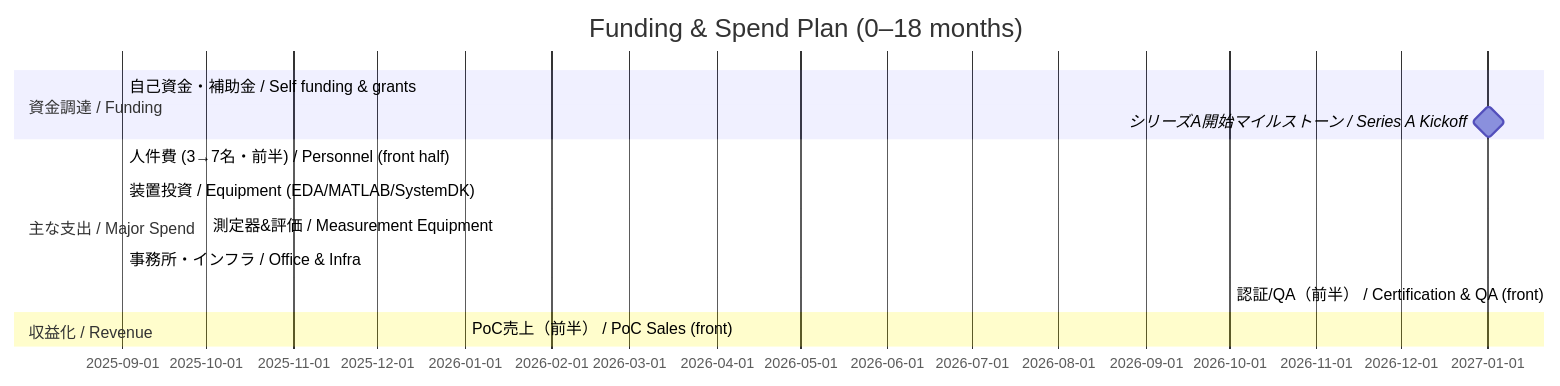
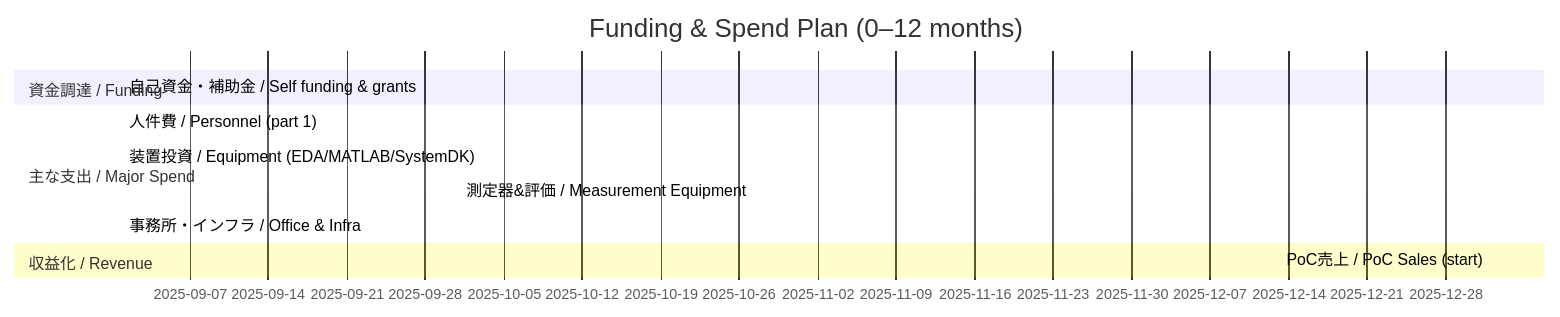
Before and after one commit to Samizo-AITL/AITL-Strategy-Proposal: the sixth of 8 diagrams in AITL_Strategy_Proposal_Draft_v4_1.md, drawn with Mermaid. The commit also changed other lines of this file, not shown here.

````diff
--- a/AITL_Strategy_Proposal_Draft_v4_1.md
+++ b/AITL_Strategy_Proposal_Draft_v4_1.md
@@ -380,19 +380,17 @@
 ```mermaid
 gantt
-    title Funding & Spend Plan (0–18 months)
+    title Funding & Spend Plan (0–12 months)
     dateFormat  YYYY-MM
 
     section 資金調達 / Funding
-    自己資金・補助金 / Self funding & grants        :done, f1, 2025-09, 6mo
-    シリーズA開始マイルストーン / Series A Kickoff :milestone, m1, 2027-01, 1d
+    自己資金・補助金 / Self funding & grants        :done, f1a, 2025-09, 6mo
 
     section 主な支出 / Major Spend
-    人件費 (3→7名・前半) / Personnel (front half)   :crit, s1a, 2025-09, 18mo
-    装置投資 / Equipment (EDA/MATLAB/SystemDK)      :s2, 2025-09, 12mo
-    測定器&評価 / Measurement Equipment             :s3, 2025-10, 10mo
-    事務所・インフラ / Office & Infra               :s4a, 2025-09, 18mo
-    認証/QA（前半） / Certification & QA (front)     :s5a, 2026-10, 5mo
+    人件費 / Personnel (part 1)                     :crit, s1a, 2025-09, 12mo
+    装置投資 / Equipment (EDA/MATLAB/SystemDK)      :s2a, 2025-09, 12mo
+    測定器&評価 / Measurement Equipment             :s3a, 2025-10, 10mo
+    事務所・インフラ / Office & Infra               :s4a, 2025-09, 12mo
 
     section 収益化 / Revenue
-    PoC売上（前半） / PoC Sales (front)              :r1a, 2026-01, 14mo
+    PoC売上 / PoC Sales (start)                     :r1a, 2026-01, 8mo
 ```
````
